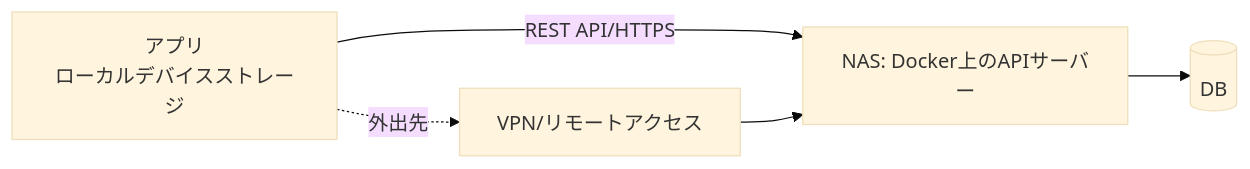
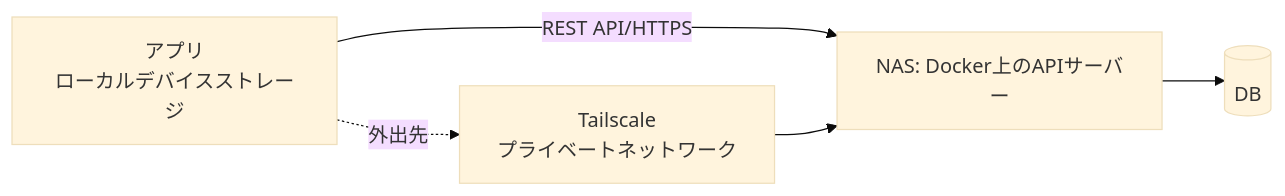
The second of 2 diagrams in docs/spec.md (SoichiTaniguchi/work-out-app), drawn with Mermaid (base theme) before and after one commit. The commit also changed other lines of this file and 2 other files, not shown here.

````diff
--- a/docs/spec.md
+++ b/docs/spec.md
@@ -154,7 +154,7 @@
 ```mermaid
 flowchart LR
   App[アプリ<br/>ローカルデバイスストレージ] -- REST API/HTTPS --> Server[NAS: Docker上のAPIサーバー]
   Server --> DB[(DB)]
-  App -. 外出先 .-> VPN[VPN/リモートアクセス]
-  VPN --> Server
+  App -. 外出先 .-> TS[Tailscale<br/>プライベートネットワーク]
+  TS --> Server
 ```
````
